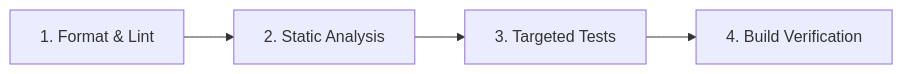
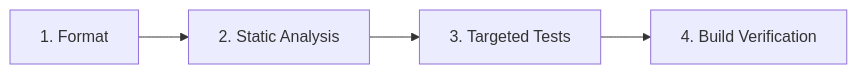
Before and after one commit to juwelzan/human-ui-engineering: the second of 2 diagrams in quality/testing-strategy.md, drawn with Mermaid. The commit also changed other lines of this file and 34 other files, not shown here.

````diff
--- a/quality/testing-strategy.md
+++ b/quality/testing-strategy.md
@@ -44,6 +44,6 @@
 ```mermaid
 flowchart LR
-    F[1. Format & Lint] --> S[2. Static Analysis]
+    F[1. Format] --> S[2. Static Analysis]
     S --> T[3. Targeted Tests]
     T --> B[4. Build Verification]
 ```
````
